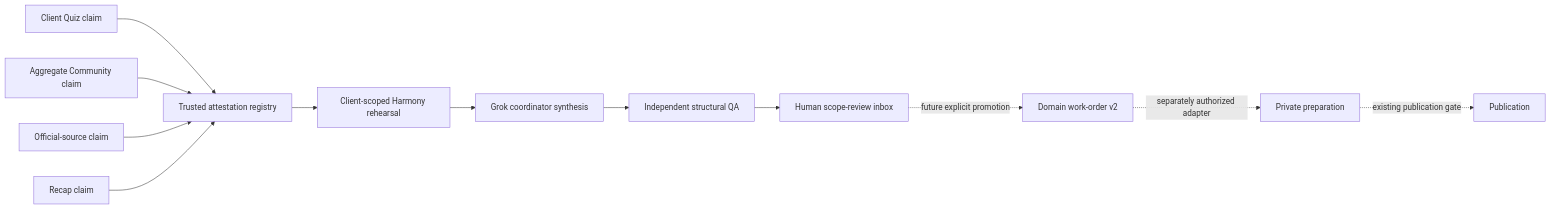
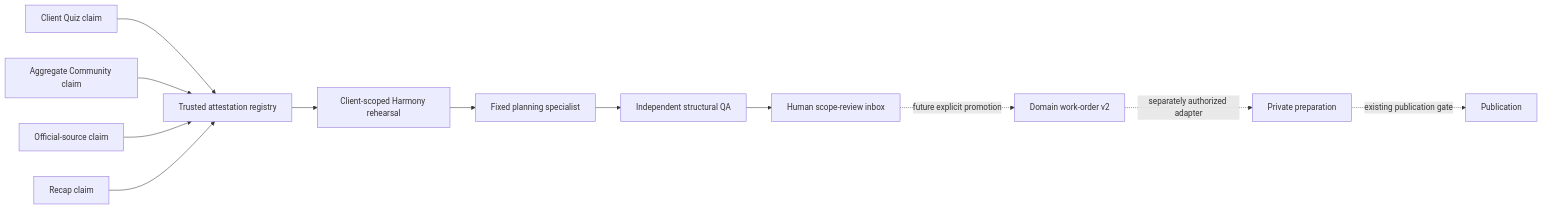
One commit to jadenlee7/coineasy-content-engine changed the diagram in docs/ADR-019-client-bot-harmony-fabric.md. Above: the diagram before and after it, drawn with Mermaid. The commit also changed other lines of this file and 17 other files, not shown here.

````diff
--- a/docs/ADR-019-client-bot-harmony-fabric.md
+++ b/docs/ADR-019-client-bot-harmony-fabric.md
@@ -40,14 +42,14 @@
 ```mermaid
 flowchart LR
     Q[Client Quiz claim] --> A[Trusted attestation registry]
     O[Aggregate Community claim] --> A
     X[Official-source claim] --> A
     C[Recap claim] --> A
     A --> R[Client-scoped Harmony rehearsal]
-    R --> G[Grok coordinator synthesis]
+    R --> G[Fixed planning specialist]
     G --> V[Independent structural QA]
     V --> H[Human scope-review inbox]
     H -. future explicit promotion .-> W[Domain work-order v2]
     W -. separately authorized adapter .-> E[Private preparation]
     E -. existing publication gate .-> P[Publication]
 ```
````
